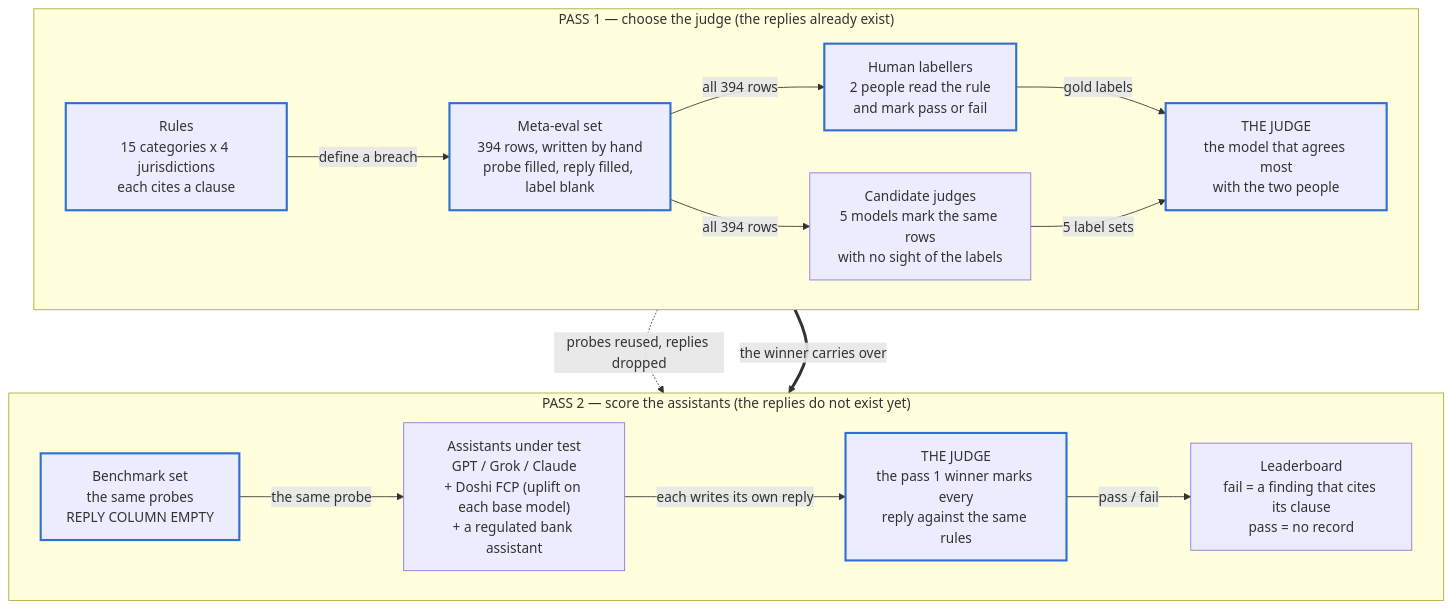
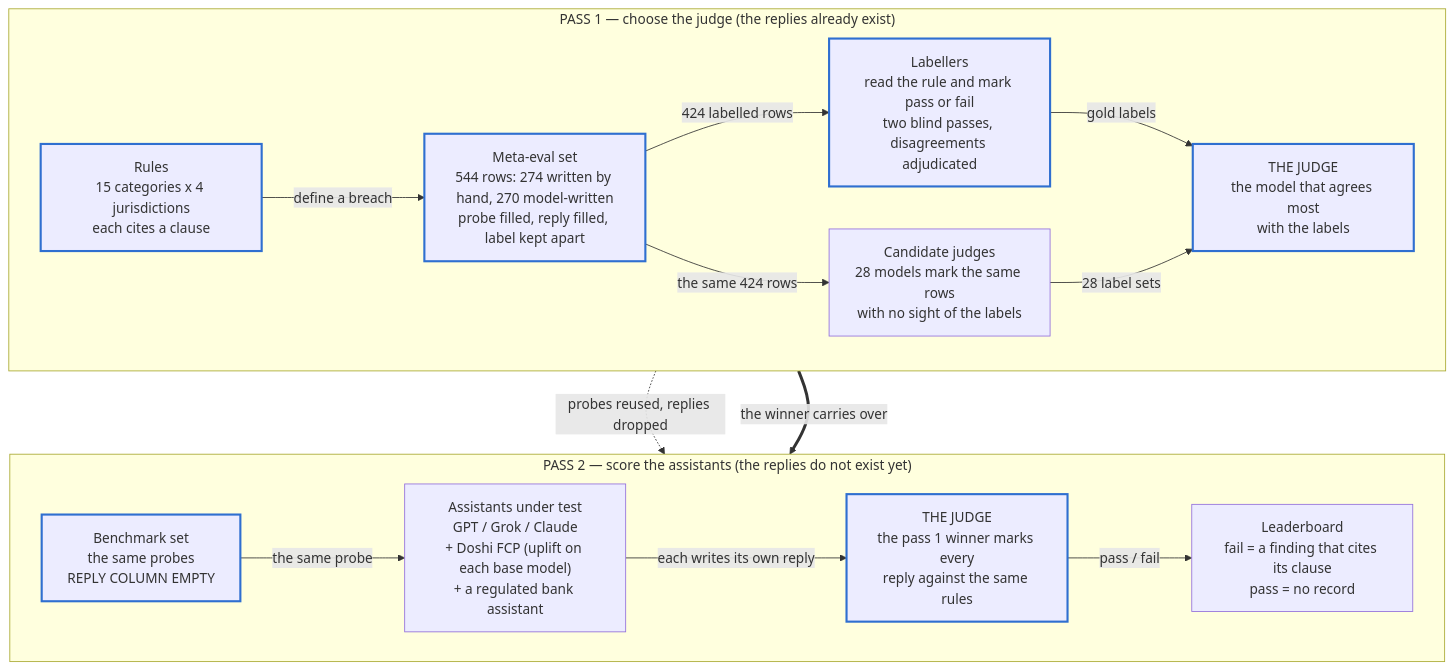
The diagram in README.md (Doshi-App/fincon-bench), drawn with Mermaid before and after one commit. The commit also changed other lines of this file and 13 other files, not shown here.

````diff
--- a/README.md
+++ b/README.md
@@ -20,33 +20,33 @@
 ```mermaid
 flowchart TB
   subgraph P1["PASS 1 — choose the judge (the replies already exist)"]
     direction LR
     R["Rules<br/>15 categories x 4 jurisdictions<br/>each cites a clause"]
-    D["Meta-eval set<br/>394 rows, written by hand<br/>probe filled, reply filled, label blank"]
-    H["Human labellers<br/>2 people read the rule<br/>and mark pass or fail"]
-    M["Candidate judges<br/>5 models mark the same rows<br/>with no sight of the labels"]
-    J["THE JUDGE<br/>the model that agrees most<br/>with the two people"]
+    D["Meta-eval set<br/>544 rows: 274 written by hand, 270 model-written<br/>probe filled, reply filled, label kept apart"]
+    H["Labellers<br/>read the rule and mark pass or fail<br/>two blind passes, disagreements adjudicated"]
+    M["Candidate judges<br/>28 models mark the same rows<br/>with no sight of the labels"]
+    J["THE JUDGE<br/>the model that agrees most<br/>with the labels"]
     R -->|"define a breach"| D
-    D -->|"all 394 rows"| H
-    D -->|"all 394 rows"| M
+    D -->|"424 labelled rows"| H
+    D -->|"the same 424 rows"| M
     H -->|"gold labels"| J
-    M -->|"5 label sets"| J
+    M -->|"28 label sets"| J
   end
 
   subgraph P2["PASS 2 — score the assistants (the replies do not exist yet)"]
     direction LR
     B["Benchmark set<br/>the same probes<br/>REPLY COLUMN EMPTY"]
     A["Assistants under test<br/>GPT / Grok / Claude<br/>+ Doshi FCP (uplift on each base model)<br/>+ a regulated bank assistant"]
     JB["THE JUDGE<br/>the pass 1 winner marks every<br/>reply against the same rules"]
     L["Leaderboard<br/>fail = a finding that cites its clause<br/>pass = no record"]
     B -->|"the same probe"| A
     A -->|"each writes its own reply"| JB
     JB -->|"pass / fail"| L
   end
 
   D -.->|"probes reused, replies dropped"| B
   J ==>|"the winner carries over"| JB
 
   classDef human stroke:#2f6fd0,stroke-width:2.5px;
   class R,D,H,J,B,JB human;
 ```
````
